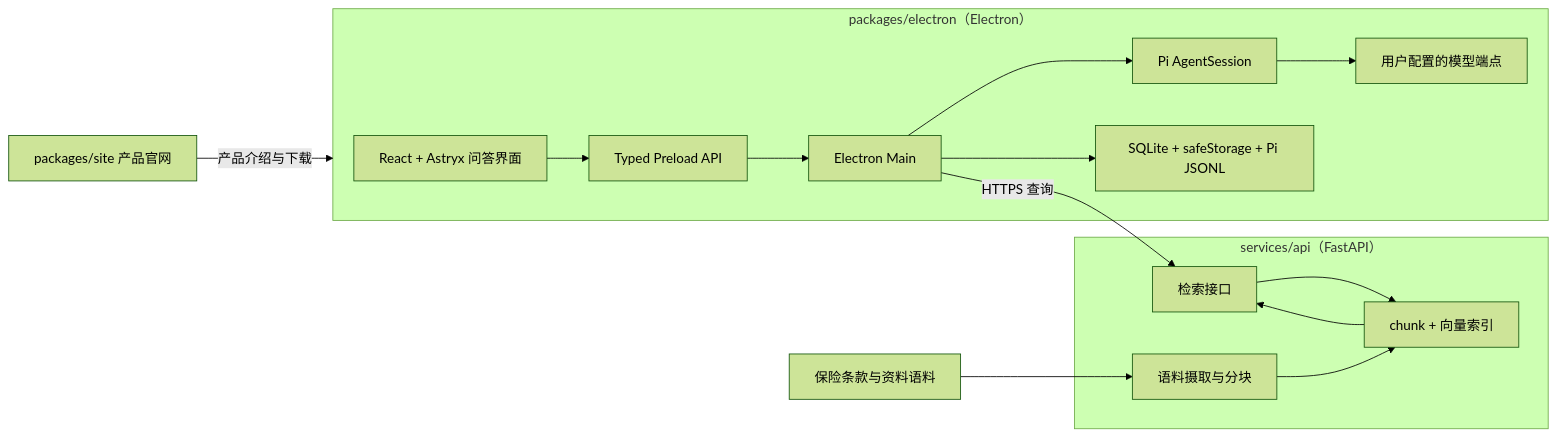
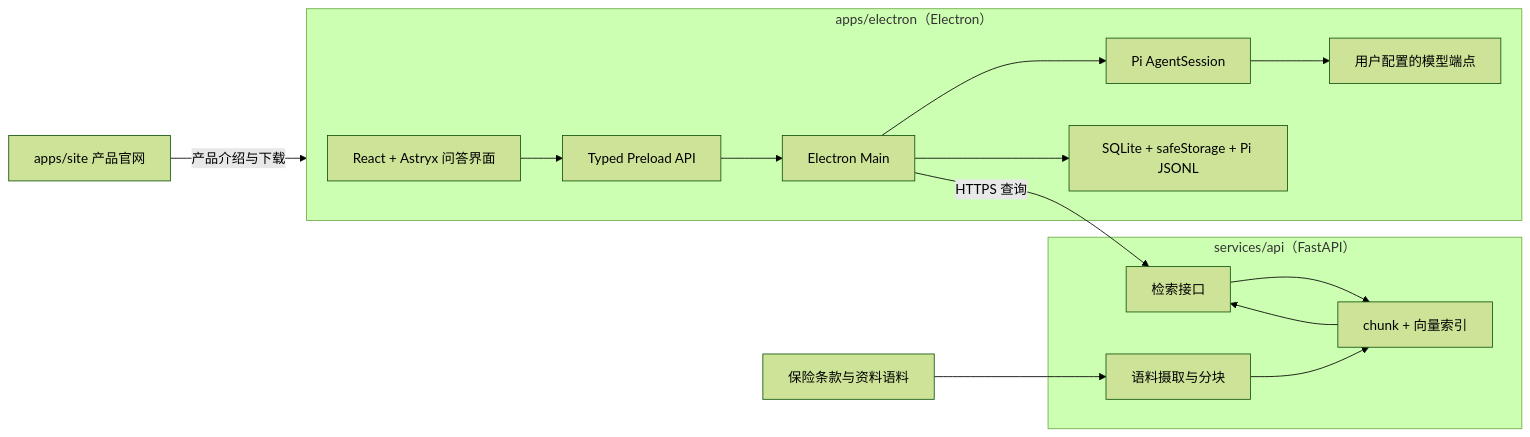
Before and after one commit to openchic/gouxuan: the diagram in PLAN.md, drawn with Mermaid (forest theme). The commit also changed other lines of this file and 54 other files, not shown here.

````diff
--- a/PLAN.md
+++ b/PLAN.md
@@ -19,29 +19,29 @@
 ```mermaid
 flowchart LR
-    subgraph Client["packages/electron（Electron）"]
+    subgraph Client["apps/electron（Electron）"]
         Renderer["React + Astryx 问答界面"]
         Preload["Typed Preload API"]
         Main["Electron Main"]
         Pi["Pi AgentSession"]
         Model["用户配置的模型端点"]
         Store["SQLite + safeStorage + Pi JSONL"]
         Renderer --> Preload --> Main --> Pi
         Pi --> Model
         Main --> Store
     end
 
     subgraph API["services/api（FastAPI）"]
         Search["检索接口"]
         Ingest["语料摄取与分块"]
         Index["chunk + 向量索引"]
         Ingest --> Index --> Search
     end
 
-    Site["packages/site 产品官网"]
+    Site["apps/site 产品官网"]
     Corpus["保险条款与资料语料"]
 
     Main -->|HTTPS 查询| Search
     Search --> Index
     Corpus --> Ingest
     Site -->|产品介绍与下载| Client
 ```
````
